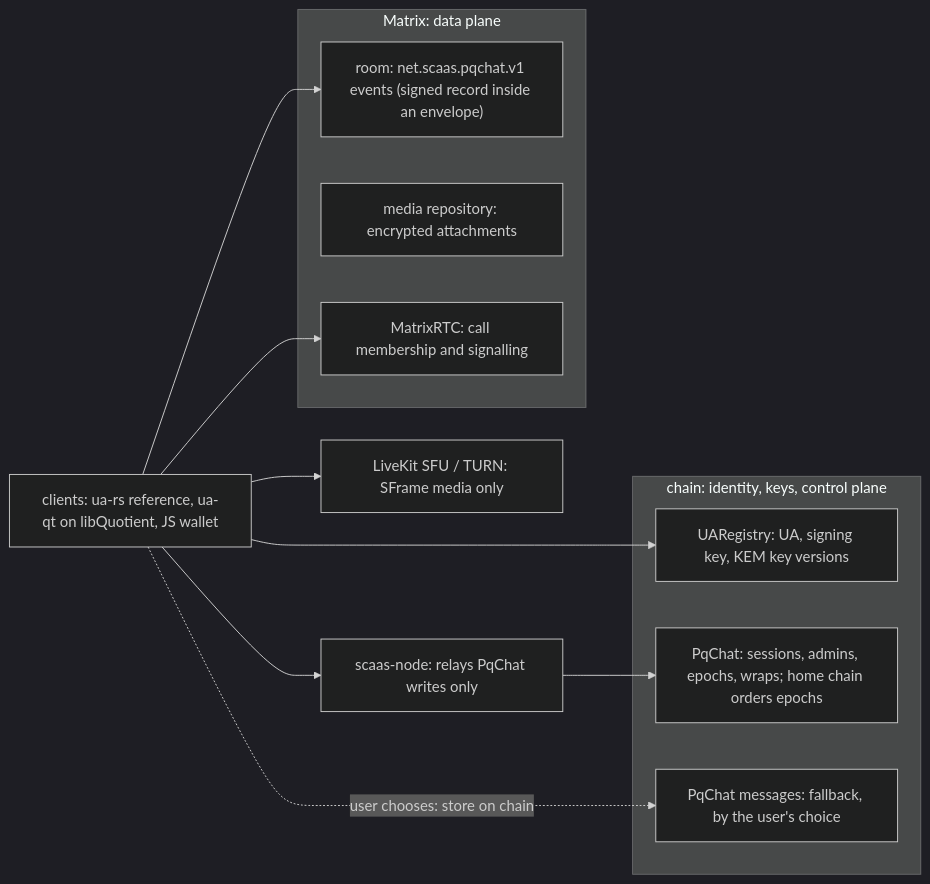
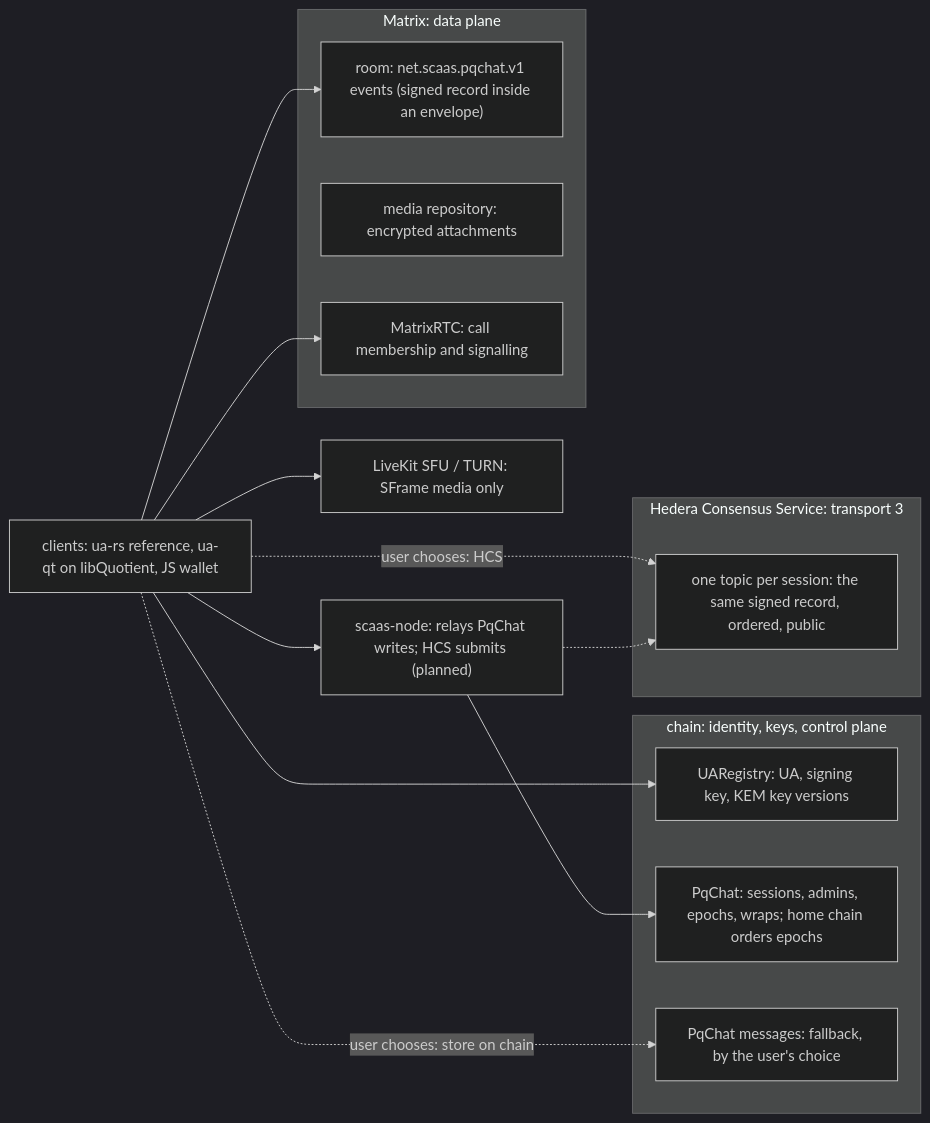
Before and after one commit to dinhduongha/scaas: the first of 7 diagrams in docs/superpowers/specs/2026-10-25-ua7-pq-e2e-sessions.md, drawn with Mermaid (dark theme). The commit also changed other lines of this file and 3 other files, not shown here.

First line of the commit message:
ua7: HCS as the third transport (owner 2026-11-05)

````diff
--- a/docs/superpowers/specs/2026-10-25-ua7-pq-e2e-sessions.md
+++ b/docs/superpowers/specs/2026-10-25-ua7-pq-e2e-sessions.md
@@ -57,22 +58,27 @@
 ```mermaid
 flowchart LR
   subgraph CHAIN["chain: identity, keys, control plane"]
     REG["UARegistry: UA, signing key, KEM key versions"]
     PQC["PqChat: sessions, admins, epochs, wraps; home chain orders epochs"]
     FB["PqChat messages: fallback, by the user's choice"]
   end
   subgraph MX["Matrix: data plane"]
     ROOM["room: net.scaas.pqchat.v1 events (signed record inside an envelope)"]
     MEDIA["media repository: encrypted attachments"]
     RTC["MatrixRTC: call membership and signalling"]
   end
+  subgraph HCS["Hedera Consensus Service: transport 3"]
+    TOPIC["one topic per session: the same signed record, ordered, public"]
+  end
   SFU["LiveKit SFU / TURN: SFrame media only"]
-  NODE["scaas-node: relays PqChat writes only"]
+  NODE["scaas-node: relays PqChat writes; HCS submits (planned)"]
   CL["clients: ua-rs reference, ua-qt on libQuotient, JS wallet"]
   CL --> REG
   CL --> NODE --> PQC
   CL --> ROOM
+  CL -.->|"user chooses: HCS"| TOPIC
+  NODE -.-> TOPIC
   CL -.->|"user chooses: store on chain"| FB
   CL --> RTC
   CL --> SFU
 ```
````
